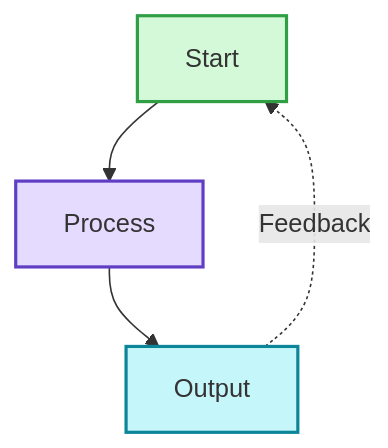
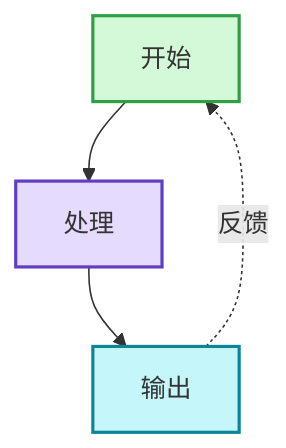
The ninth of 13 diagrams in skills/lqy-curated/mermaid-visualizer/references/syntax-rules.md (liu-qingyuan/skills-sync-lqy), drawn with Mermaid before and after one commit. The commit also changed other lines of this file and 1 other file, not shown here.

Commit message:
feat(mermaid-visualizer): localize skill to Chinese

````diff
--- a/skills/lqy-curated/mermaid-visualizer/references/syntax-rules.md
+++ b/skills/lqy-curated/mermaid-visualizer/references/syntax-rules.md
@@ -311,10 +323,10 @@
 ```mermaid
 graph TB
-    A[Start] --> B[Process]
-    B --> C[Output]
-    C -.->|Feedback| A
-    
+    A[开始] --> B[处理]
+    B --> C[输出]
+    C -.->|反馈| A
+
     style A fill:#d3f9d8,stroke:#2f9e44,stroke-width:2px
     style B fill:#e5dbff,stroke:#5f3dc4,stroke-width:2px
     style C fill:#c5f6fa,stroke:#0c8599,stroke-width:2px
 ```
````
